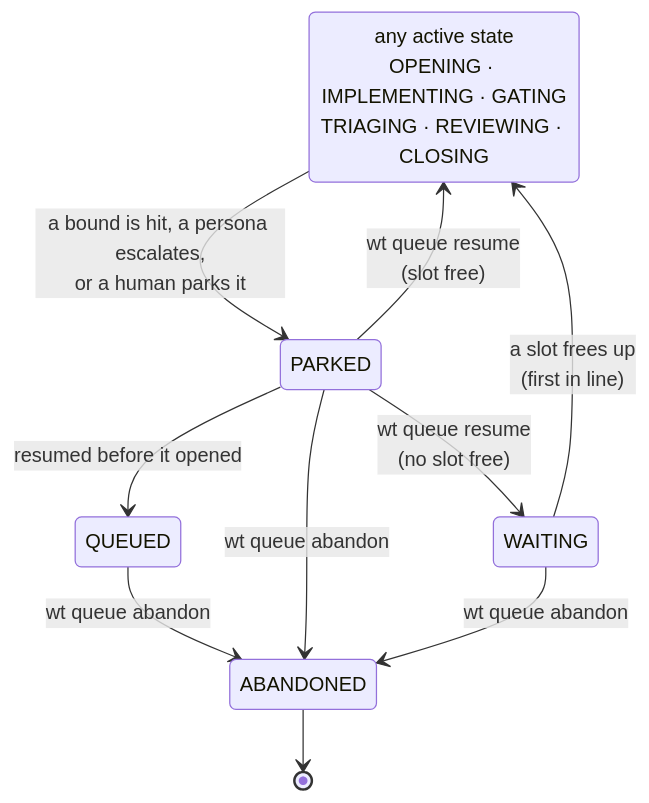
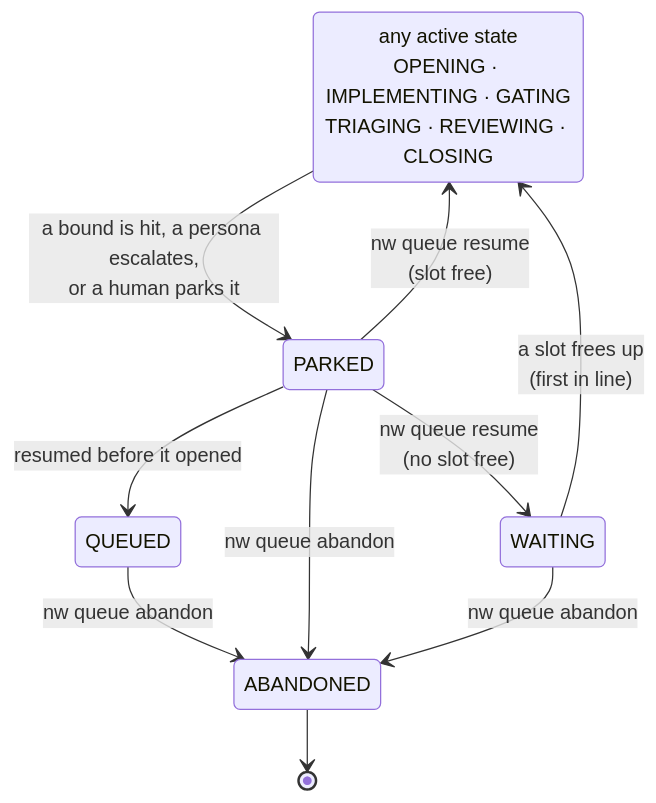
The second of 3 diagrams in docs/product/loop/states.md (brunosmmm/nightwright), drawn with Mermaid before and after one commit. The commit also changed other lines of this file and 495 other files, not shown here.

````diff
--- a/docs/product/loop/states.md
+++ b/docs/product/loop/states.md
@@ -40,14 +40,14 @@
 ```mermaid
 stateDiagram-v2
     direction TB
     state "any active state<br/>OPENING · IMPLEMENTING · GATING<br/>TRIAGING · REVIEWING · CLOSING" as ACTIVE
     ACTIVE --> PARKED: a bound is hit, a persona escalates,<br/>or a human parks it
-    PARKED --> ACTIVE: wt queue resume<br/>(slot free)
-    PARKED --> WAITING: wt queue resume<br/>(no slot free)
+    PARKED --> ACTIVE: nw queue resume<br/>(slot free)
+    PARKED --> WAITING: nw queue resume<br/>(no slot free)
     WAITING --> ACTIVE: a slot frees up<br/>(first in line)
     PARKED --> QUEUED: resumed before it opened
-    QUEUED --> ABANDONED: wt queue abandon
-    PARKED --> ABANDONED: wt queue abandon
-    WAITING --> ABANDONED: wt queue abandon
+    QUEUED --> ABANDONED: nw queue abandon
+    PARKED --> ABANDONED: nw queue abandon
+    WAITING --> ABANDONED: nw queue abandon
     ABANDONED --> [*]
 ```
````
